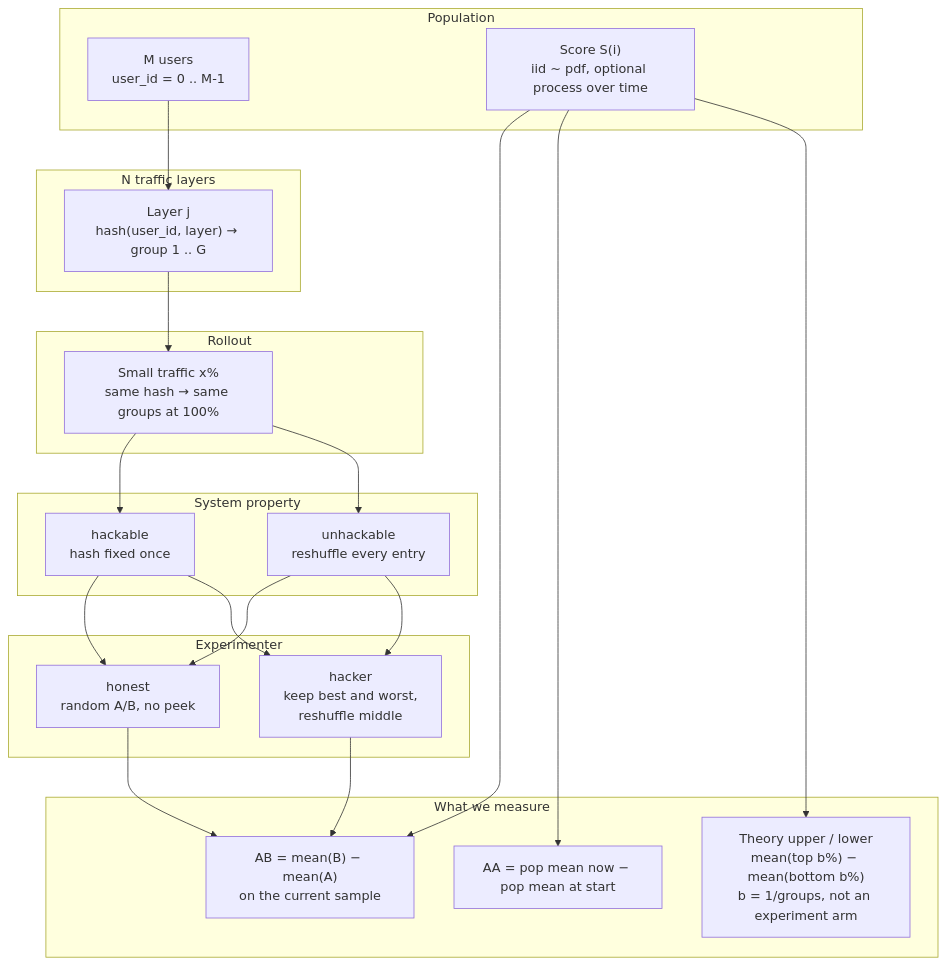
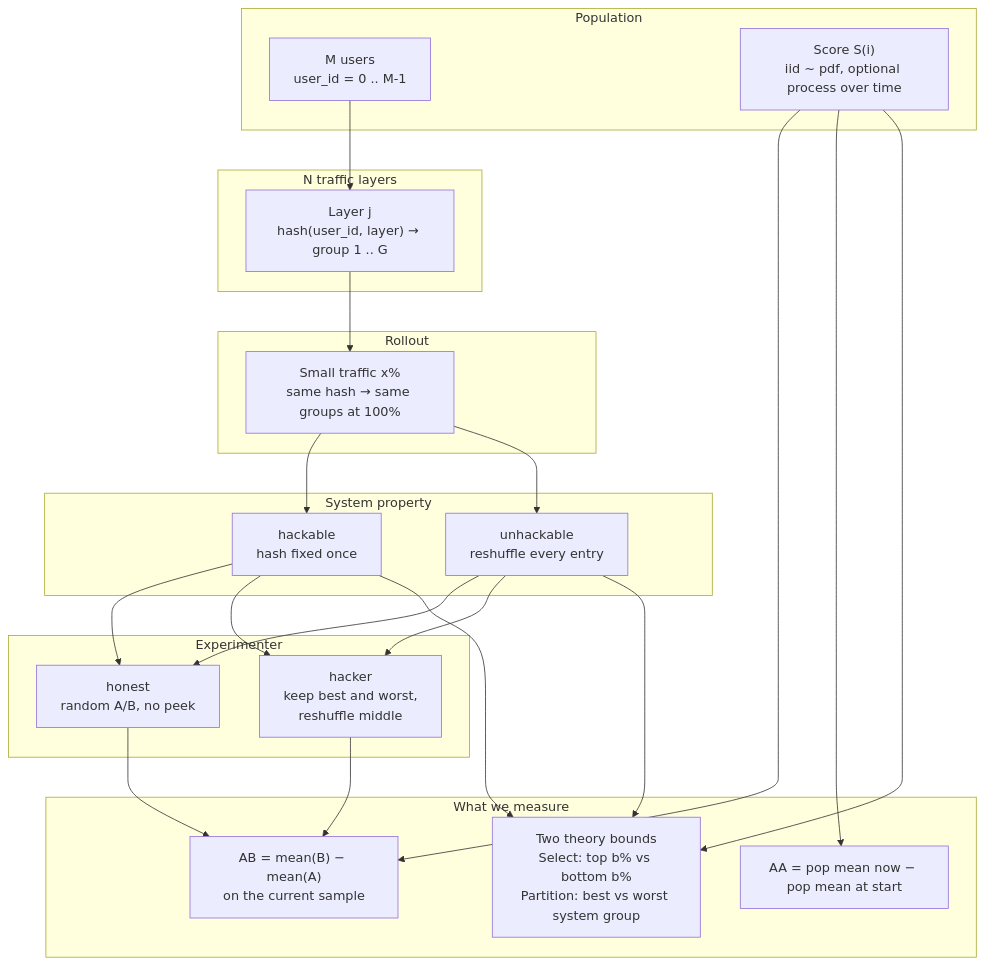
Before and after one commit to EaminC/NIPS2027: the diagram in README.md, drawn with Mermaid. The commit also changed other lines of this file and 4 other files, not shown here.

First line of the commit message:
Clarify select vs assigned theory bounds in the system x agent study.

````diff
--- a/README.md
+++ b/README.md
@@ -9,45 +9,47 @@
 ```mermaid
 flowchart TB
   subgraph Pop["Population"]
     M["M users<br/>user_id = 0 .. M-1"]
     S["Score S(i)<br/>iid ~ pdf, optional process over time"]
   end
 
   subgraph Layers["N traffic layers"]
     L["Layer j<br/>hash(user_id, layer) → group 1 .. G"]
   end
 
   subgraph Traffic["Rollout"]
     X["Small traffic x%<br/>same hash → same groups at 100%"]
   end
 
   subgraph System["System property"]
     H["hackable<br/>hash fixed once"]
     U["unhackable<br/>reshuffle every entry"]
   end
 
   subgraph Agent["Experimenter"]
     O["honest<br/>random A/B, no peek"]
     K["hacker<br/>keep best and worst,<br/>reshuffle middle"]
   end
 
   subgraph Out["What we measure"]
     AB["AB = mean(B) − mean(A)<br/>on the current sample"]
     AA["AA = pop mean now − pop mean at start"]
-    Bound["Theory upper / lower<br/>mean(top b%) − mean(bottom b%)<br/>b = 1/groups, not an experiment arm"]
+    Bound["Two theory bounds<br/>Select: top b% vs bottom b%<br/>Partition: best vs worst system group"]
   end
 
   M --> L
   S --> AB
   S --> AA
   L --> X
   X --> H
   X --> U
   H --> O
   H --> K
   U --> O
   U --> K
   O --> AB
   K --> AB
   S --> Bound
+  H --> Bound
+  U --> Bound
 ```
````
